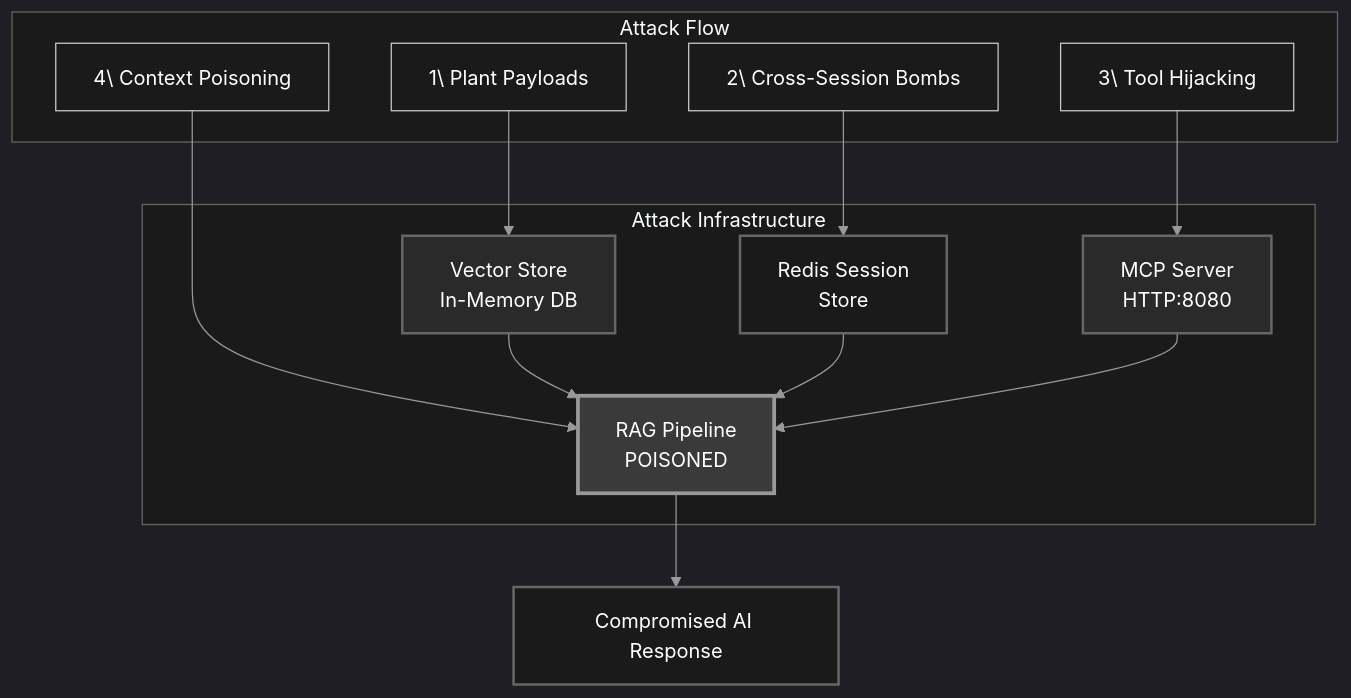
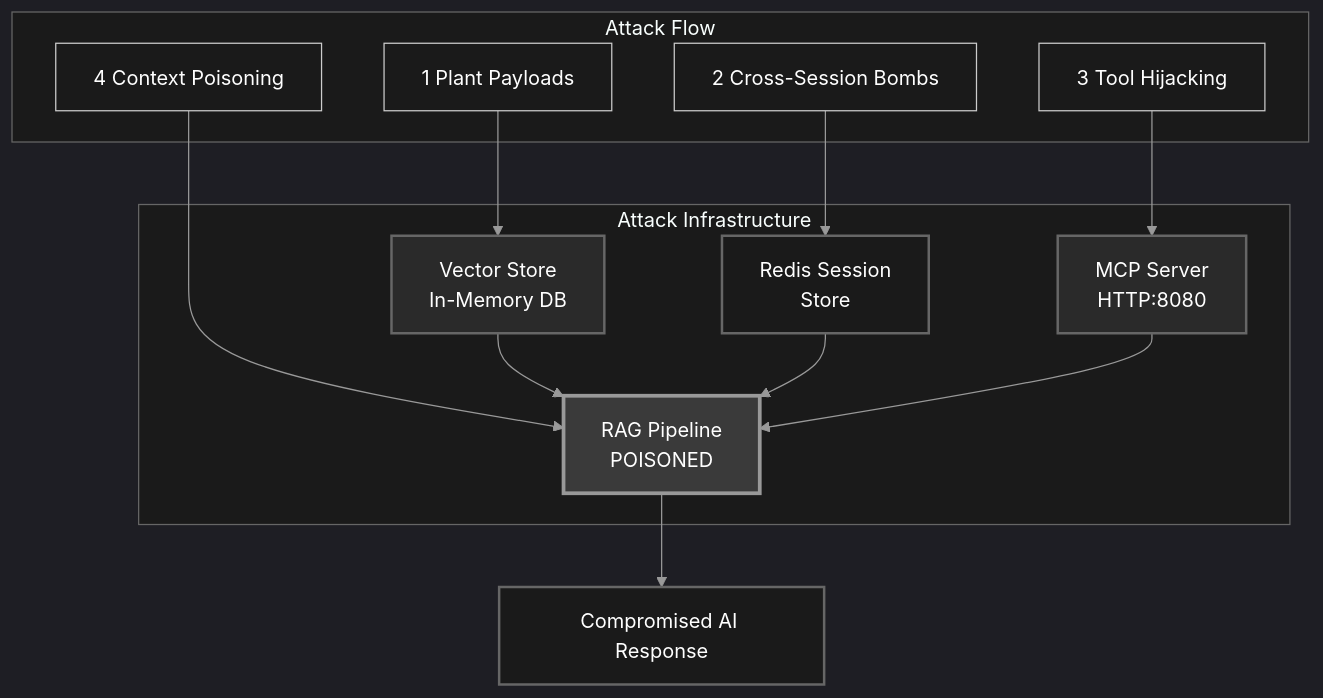
One commit to mbhatt1/agentic_lpci_framework changed the first of 11 diagrams in agentic_lpci_framework/LPCI_ATTACK_EXPLAINED.md. Above: the diagram before and after it, drawn with Mermaid. The commit also changed other lines of this file and 2 other files, not shown here.

````diff
--- a/agentic_lpci_framework/LPCI_ATTACK_EXPLAINED.md
+++ b/agentic_lpci_framework/LPCI_ATTACK_EXPLAINED.md
@@ -11,53 +11,60 @@
 ```mermaid
 %%{init: {
   'theme': 'dark',
+  'theme': 'dark',
   'themeVariables': {
+    'primaryColor': '#1a1a1a',
     'primaryColor': '#1a1a1a',
     'primaryTextColor': '#ffffff',
     'primaryBorderColor': '#666666',
     'lineColor': '#999999',
+    'secondaryColor': '#2a2a2a',
+    'tertiaryColor': '#3a3a3a',
     'secondaryColor': '#2a2a2a',
     'tertiaryColor': '#3a3a3a',
     'background': '#000000',
     'mainBkg': '#1a1a1a',
     'secondBkg': '#2a2a2a',
     'tertiaryBkg': '#3a3a3a',
     'clusterBkg': '#1a1a1a',
     'clusterBorder': '#666666',
     'fontFamily': 'Arial',
     'fontSize': '16px',
+    'fontFamily': 'Arial',
+    'fontSize': '16px',
     'labelBackground': '#000000',
     'textColor': '#ffffff',
+    'nodeBkg': '#2a2a2a',
     'nodeBkg': '#2a2a2a',
     'nodeTextColor': '#ffffff',
     'edgeLabelBackground': '#1a1a1a',
     'edgeColor': '#666666'
   }
 }}%%
 graph TB
     subgraph "Attack Infrastructure"
         VS[Vector Store<br/>In-Memory DB]
         RS[Redis Session<br/>Store]
         MCP[MCP Server<br/>HTTP:8080]
         RAG[RAG Pipeline<br/>POISONED]
     end
     
     subgraph "Attack Flow"
-        A1[1\ Plant Payloads] --> VS
-        A2[2\ Cross-Session Bombs] --> RS
-        A3[3\ Tool Hijacking] --> MCP
-        A4[4\ Context Poisoning] --> RAG
+        A1[1 Plant Payloads] --> VS
+        A2[2 Cross-Session Bombs] --> RS
+        A3[3 Tool Hijacking] --> MCP
+        A4[4 Context Poisoning] --> RAG
     end
     
     VS --> RAG
     RS --> RAG
     MCP --> RAG
     
     RAG --> COMP[Compromised AI Response]
     
     style VS fill:#2a2a2a,stroke:#666666,stroke-width:2px,color:#ffffff
     style RS fill:#1a1a1a,stroke:#666666,stroke-width:2px,color:#ffffff
     style MCP fill:#2a2a2a,stroke:#666666,stroke-width:2px,color:#ffffff
     style RAG fill:#3a3a3a,stroke:#999999,stroke-width:3px,color:#ffffff
     style COMP fill:#1a1a1a,stroke:#666666,stroke-width:2px,color:#ffffff
 ```
````
